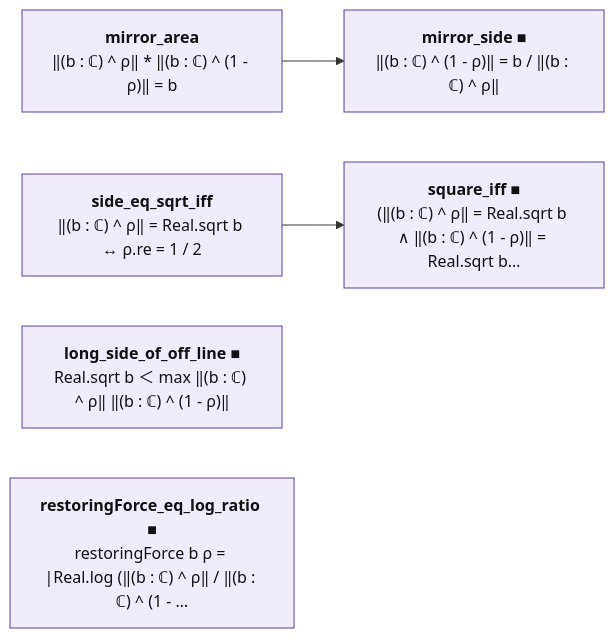
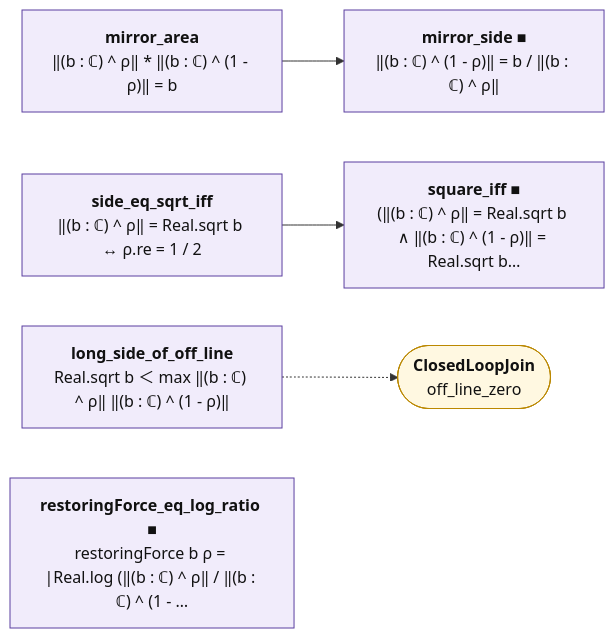
The diagram in map/lean_stage3/MirrorArea.md (juliansambranojr/Primebeat_081426), drawn with Mermaid before and after one commit. The commit also changed other lines of this file and 28 other files, not shown here.

````diff
--- a/map/lean_stage3/MirrorArea.md
+++ b/map/lean_stage3/MirrorArea.md
@@ -12,19 +12,21 @@
 ```mermaid
 flowchart LR
   n0["<b>mirror_area</b><br/>‖(b : ℂ) ^ ρ‖ * ‖(b : ℂ) ^ (1 - ρ)‖ = b"]:::shp
   n1["<b>mirror_side ■</b><br/>‖(b : ℂ) ^ (1 - ρ)‖ = b / ‖(b : ℂ) ^ ρ‖"]:::shp
   n2["<b>side_eq_sqrt_iff</b><br/>‖(b : ℂ) ^ ρ‖ = Real.sqrt b ↔ ρ.re = 1 / 2"]:::shp
   n3["<b>square_iff ■</b><br/>(‖(b : ℂ) ^ ρ‖ = Real.sqrt b ∧ ‖(b : ℂ) ^ (1 - ρ)‖ = Real.sqrt b…"]:::shp
-  n4["<b>long_side_of_off_line ■</b><br/>Real.sqrt b ＜ max ‖(b : ℂ) ^ ρ‖ ‖(b : ℂ) ^ (1 - ρ)‖"]:::shp
+  n4["<b>long_side_of_off_line</b><br/>Real.sqrt b ＜ max ‖(b : ℂ) ^ ρ‖ ‖(b : ℂ) ^ (1 - ρ)‖"]:::shp
   n5["<b>restoringForce_eq_log_ratio ■</b><br/>restoringForce b ρ = |Real.log (‖(b : ℂ) ^ ρ‖ / ‖(b : ℂ) ^ (1 - …"]:::shp
+  x0(["<b>ClosedLoopJoin</b><br/>off_line_zero"]):::ext
   n0 --> n1
   n2 --> n3
+  n4 -.-> x0
   classDef cnt fill:#dff5ec,stroke:#17694a,color:#111
   classDef shp fill:#f1ecfb,stroke:#5b3fa0,color:#111
   classDef rh fill:#ffe5e5,stroke:#c22,color:#111,stroke-width:2px
   classDef thm fill:#eef4ff,stroke:#335,color:#111
   classDef end_ fill:#e7f7e7,stroke:#2a7,color:#111,stroke-width:2px
   classDef lone fill:#fff,stroke:#999,color:#111,stroke-dasharray:4 3
   classDef bad fill:#ffe5e5,stroke:#c22,color:#111,stroke-width:2px
   classDef ext fill:#fff8e1,stroke:#b80,color:#111
 ```
````
